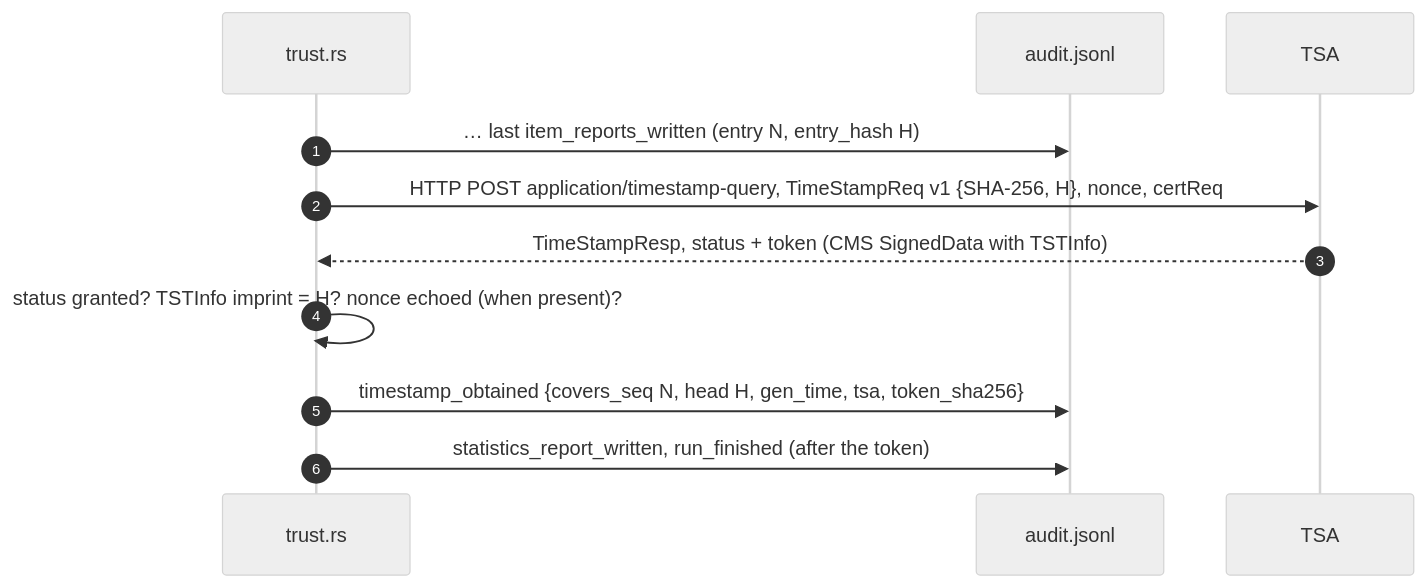
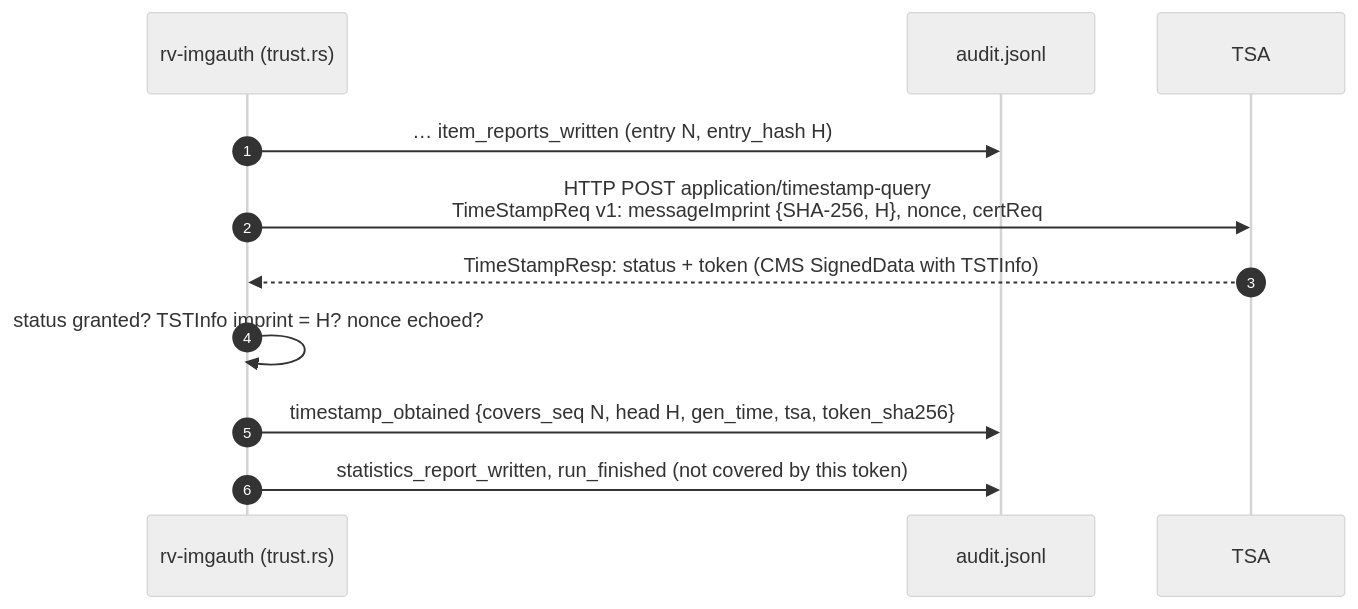
Diagram 16 of 16 in docs/theory.md (Panacota96/rv-imgauth), drawn with Mermaid (neutral theme) before and after one commit. The commit also changed other lines of this file and 84 other files, not shown here.

````diff
--- a/docs/theory.md
+++ b/docs/theory.md
@@ -608,13 +851,13 @@
 ```mermaid
 sequenceDiagram
     autonumber
-    participant T as trust.rs
+    participant T as rv-imgauth (trust.rs)
     participant L as audit.jsonl
     participant A as TSA
-    T->>L: … last item_reports_written (entry N, entry_hash H)
-    T->>A: HTTP POST application/timestamp-query, TimeStampReq v1 {SHA-256, H}, nonce, certReq
-    A-->>T: TimeStampResp, status + token (CMS SignedData with TSTInfo)
-    T->>T: status granted? TSTInfo imprint = H? nonce echoed (when present)?
+    T->>L: … item_reports_written (entry N, entry_hash H)
+    T->>A: HTTP POST application/timestamp-query<br/>TimeStampReq v1: messageImprint {SHA-256, H}, nonce, certReq
+    A-->>T: TimeStampResp: status + token (CMS SignedData with TSTInfo)
+    T->>T: status granted? TSTInfo imprint = H? nonce echoed?
     T->>L: timestamp_obtained {covers_seq N, head H, gen_time, tsa, token_sha256}
-    T->>L: statistics_report_written, run_finished (after the token)
+    T->>L: statistics_report_written, run_finished (not covered by this token)
 ```
````
